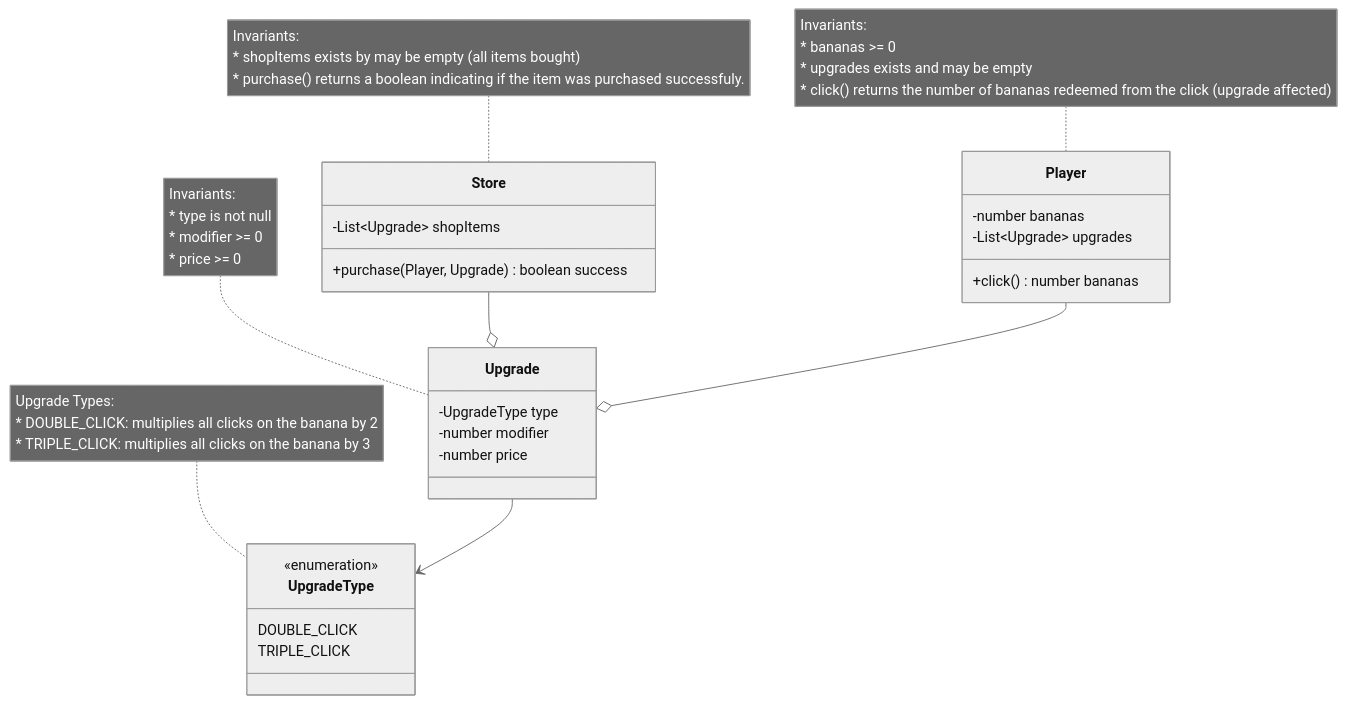
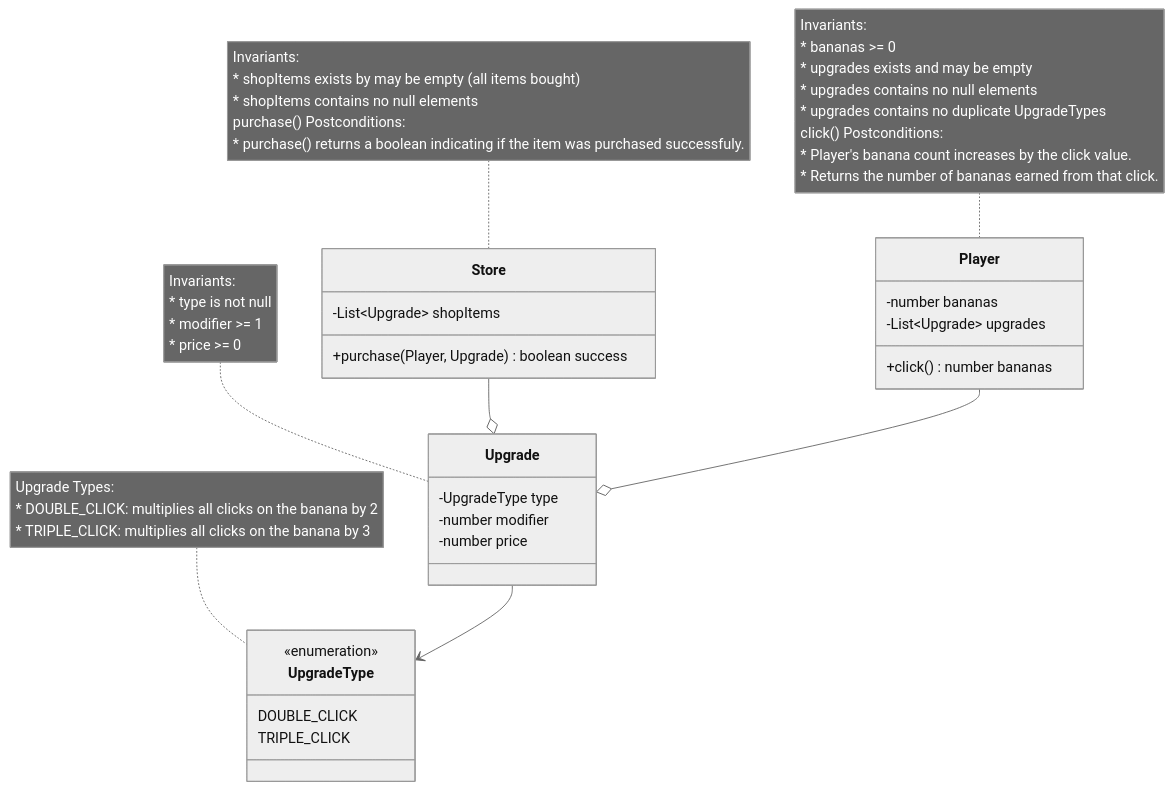
The diagram in domain.md (LiamMcCausland/Banana-Clicker), drawn with Mermaid (neutral theme) before and after one commit. The commit also changed other lines of this file, not shown here.

Commit message:
Add post conditions and tightened the invariants.

````diff
--- a/domain.md
+++ b/domain.md
@@ -9,52 +9,59 @@
 ```mermaid
 classDiagram
 
     class Player{
         -number bananas
         -List~Upgrade~ upgrades
 
         +click() number bananas
     }
 
     note for Player "Invariants:
     * bananas >= 0
     * upgrades exists and may be empty
-    * click() returns the number of bananas redeemed from the click (upgrade affected)"
+    * upgrades contains no null elements
+    * upgrades contains no duplicate UpgradeTypes
+    click() Postconditions:
+    * Player's banana count increases by the click value.
+    * Returns the number of bananas earned from that click.
+"
 
     class Store{
         -List~Upgrade~ shopItems
         +purchase(Player, Upgrade) boolean success
     }
 
     note for Store "Invariants:
     * shopItems exists by may be empty (all items bought)
+    * shopItems contains no null elements
+    purchase() Postconditions:
     * purchase() returns a boolean indicating if the item was purchased successfuly.
     "
 
     class Upgrade {
         -UpgradeType type 
         -number modifier
         -number price
     }
 
     note for Upgrade "Invariants:
     * type is not null
-    * modifier >= 0
+    * modifier >= 1
     * price >= 0
     "
 
     class UpgradeType {
         <<enumeration>>
         DOUBLE_CLICK
         TRIPLE_CLICK
     }
 
     note for UpgradeType "Upgrade Types:
     * DOUBLE_CLICK: multiplies all clicks on the banana by 2
     * TRIPLE_CLICK: multiplies all clicks on the banana by 3
     "
 
     Upgrade --> UpgradeType
     Store --o Upgrade
     Player --o Upgrade
 ```
````
